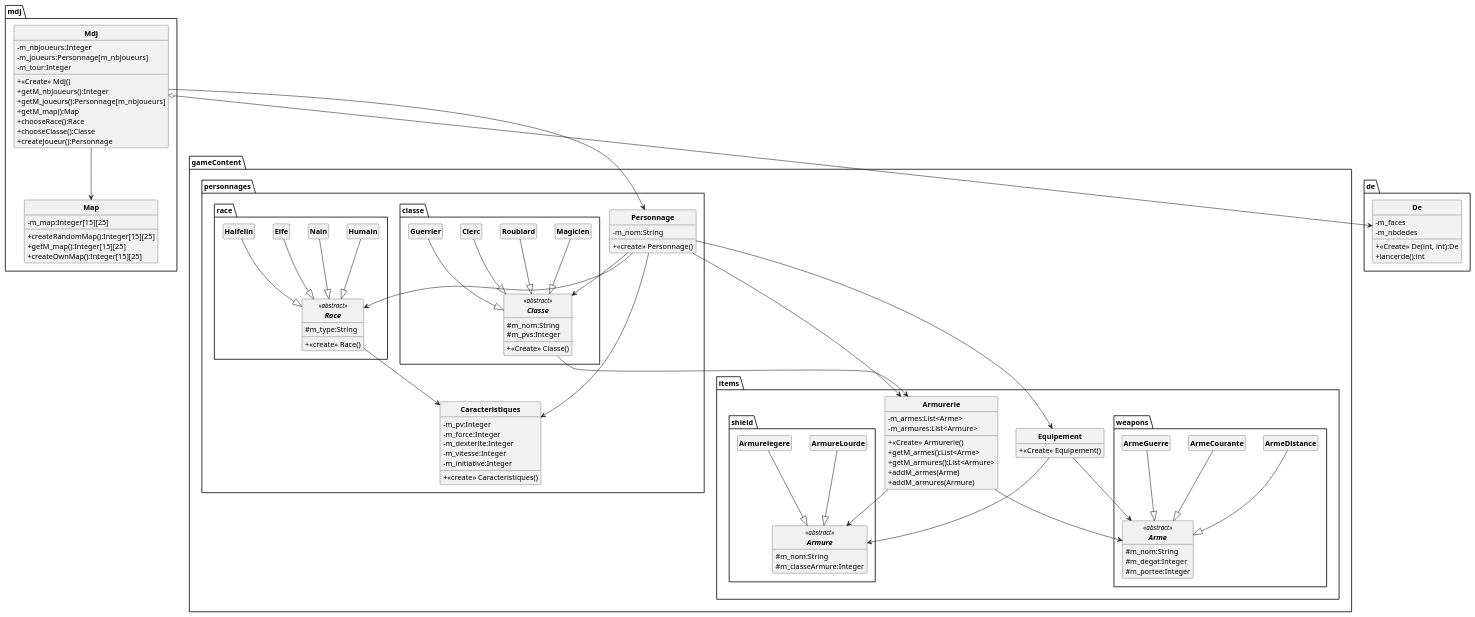
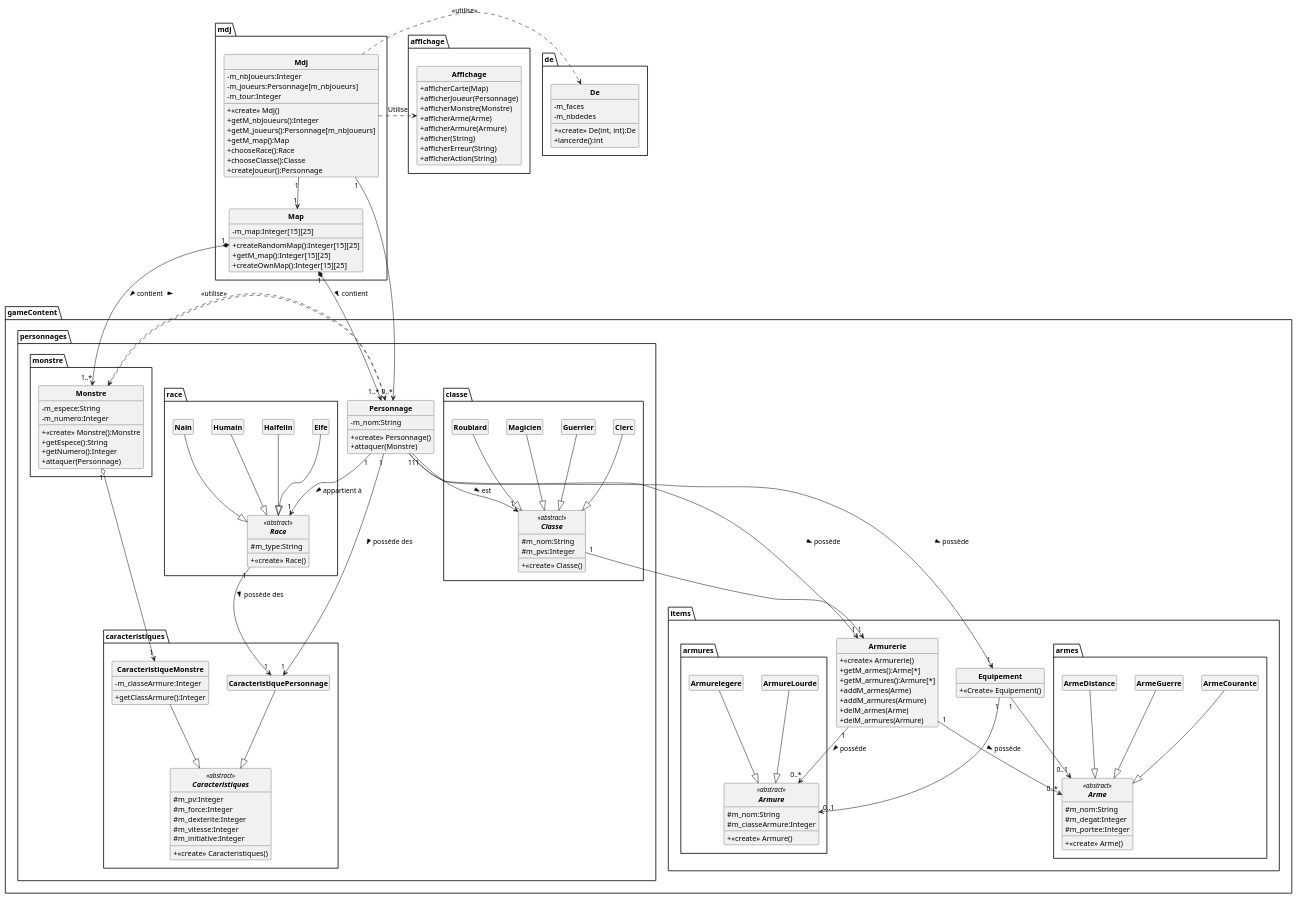
One commit to pataatee/DOOnjons-et-Dragons changed the diagram in uml/DoojonEtDragons.puml. Above: the diagram before and after it, drawn with PlantUML. The commit also changed 1 other file, not shown here.

Commit message:
Dernière modif de l'UML avant le rendu_2, ajout des annotations et optimisation des liens. Merge manuel avec l'UML de Manon pour le rendu. --> UML temporaire, sous réserve de modifications

```diff
--- a/uml/DoojonEtDragons.puml
+++ b/uml/DoojonEtDragons.puml
@@ -7,6 +7,19 @@
 skinparam style strictuml
 hide empty members
 
+package affichage{
+    class Affichage {
+        +afficherCarte(Map)
+        +afficherJoueur(Personnage)
+        +afficherMonstre(Monstre)
+        +afficherArme(Arme)
+        +afficherArmure(Armure)
+        +afficher(String)
+        +afficherErreur(String)
+        +afficherAction(String)
+    }
+
+}
 package gameContent
 {
     package personnages
@@ -14,12 +27,14 @@
         class Personnage {
             +<<create>> Personnage()
             -m_nom:String
+            +attaquer(Monstre)
         }
-        Personnage --> race.Race
-        Personnage --> classe.Classe
-        Personnage --> Caracteristiques
-        Personnage --> gameContent.items.Armurerie
-        Personnage --> gameContent.items.Equipement
+        Personnage "1" --> "1"race.Race : appartient à >
+        Personnage "1"--> "1"classe.Classe : est >
+        Personnage "1"--> "1"caracteristiques.CaracteristiquePersonnage : possède des >
+        Personnage "1"--> "1"gameContent.items.Armurerie:possède >
+        Personnage "1"--> "1"gameContent.items.Equipement:possède >
+        Personnage .> monstre.Monstre : <<utilise>>
 
         package race{
             abstract class Race <<abstract>>{
@@ -39,19 +54,29 @@
             Elfe --|> Race
             Halfelin --|> Race
         }
-        Race --> Caracteristiques
+        Race "1"--> "1"caracteristiques.CaracteristiquePersonnage: possède des >
 
-        class Caracteristiques {
-            +<<create>> Caracteristiques()
-            -m_pv:Integer
-            -m_force:Integer
-            -m_dexterite:Integer
-            -m_vitesse:Integer
-            -m_initiative:Integer
+        package caracteristiques{
+            abstract class Caracteristiques <<abstract>> {
+                +<<create>> Caracteristiques()
+                #m_pv:Integer
+                #m_force:Integer
+                #m_dexterite:Integer
+                #m_vitesse:Integer
+                #m_initiative:Integer
+            }
+            class CaracteristiqueMonstre {
+                -m_classeArmure:Integer
+                +getClassArmure():Integer
+            }
+            class CaracteristiquePersonnage {
+            }
+            CaracteristiquePersonnage --|> Caracteristiques
+            CaracteristiqueMonstre --|> Caracteristiques
         }
         package classe{
             abstract class Classe <<abstract>> {
-                +<<Create>> Classe()
+                +<<create>> Classe()
                 #m_nom:String
                 #m_pvs:Integer
             }
@@ -63,38 +88,52 @@
             }
             class Roublard {
             }
+            Classe "1" --> "1"gameContent.items.Armurerie
             Clerc --|> Classe
             Guerrier --|> Classe
             Magicien --|> Classe
             Roublard --|> Classe
-            Classe --> gameContent.items.Armurerie
+
         }
+        package monstre {
+            class Monstre {
+                +<<create>> Monstre():Monstre
+                -m_espece:String
+                -m_numero:Integer
+                +getEspece():String
+                +getNumero():Integer
+                +attaquer(Personnage)
+            }
+            Monstre "1" o--> "1" gameContent.personnages.caracteristiques.CaracteristiqueMonstre
+            Monstre .> Personnage :>
+        }
+
     }
 
     package items
     {
-
         class Armurerie {
-            -m_armes:List<Arme>
-            -m_armures:List<Armure>
-            +<<Create>> Armurerie()
-            +getM_armes():List<Arme>
-            +getM_armures():List<Armure>
+            +<<create>> Armurerie()
+            +getM_armes():Arme[*]
+            +getM_armures():Armure[*]
             +addM_armes(Arme)
             +addM_armures(Armure)
+            +delM_armes(Arme)
+            +delM_armures(Armure)
         }
-        Armurerie --> shield.Armure
-        Armurerie -->  weapons.Arme
+        Armurerie "1" --> "0..*" armures.Armure:possède >
+        Armurerie "1" --> "0..*" armes.Arme:possède >
 
         class Equipement {
             +<<Create>> Equipement()
         }
-        Equipement --> shield.Armure
-        Equipement --> weapons.Arme
+        Equipement "1"--> "0..1"armures.Armure
+        Equipement "1"--> "0..1"armes.Arme
 
-        package shield {
+        package armures {
 
             abstract class Armure <<abstract>> {
+                +<<create>> Armure()
                 #m_nom:String
                 #m_classeArmure:Integer
             }
@@ -111,9 +150,10 @@
 
         }
 
-        package weapons {
+        package armes {
 
             abstract class Arme <<abstract>> {
+                +<<create>> Arme()
                 #m_nom:String
                 #m_degat:Integer
                 #m_portee:Integer
@@ -135,12 +175,6 @@
             ArmeGuerre --|> Arme
 
         }
-
-
-
-
-
-
     }
 }
 
@@ -148,7 +182,7 @@
     class De {
         -m_faces
         -m_nbdedes
-        +<<Create>> De(int, int):De
+        +<<create>> De(int, int):De
         +lancerde():int
     }
 }
@@ -159,11 +193,14 @@
     +getM_map():Integer[15][25]
     +createOwnMap():Integer[15][25]
     }
+    Map "1" *--> "1..*" Monstre : contient >
+    Map "1" *--> "1..*" Personnage : contient >
+
     class Mdj{
     -m_nbJoueurs:Integer
     -m_joueurs:Personnage[m_nbJoueurs]
     -m_tour:Integer
-    +<<Create>> Mdj()
+    +<<create>> Mdj()
     +getM_nbJoueurs():Integer
     +getM_joueurs():Personnage[m_nbJoueurs]
     +getM_map():Map
@@ -171,9 +208,10 @@
     +chooseClasse():Classe
     +createJoueur():Personnage
     }
-    Mdj o--> De
-    Mdj --> Map
-    Mdj --> gameContent.personnages.Personnage
+    Mdj "1"-->"1" Map
+    Mdj "1" --> "0..*" gameContent.personnages.Personnage
+    Mdj .> affichage.Affichage:Utilise
+    Mdj .> De :<<utilise>>
 }
 
 @enduml
```
